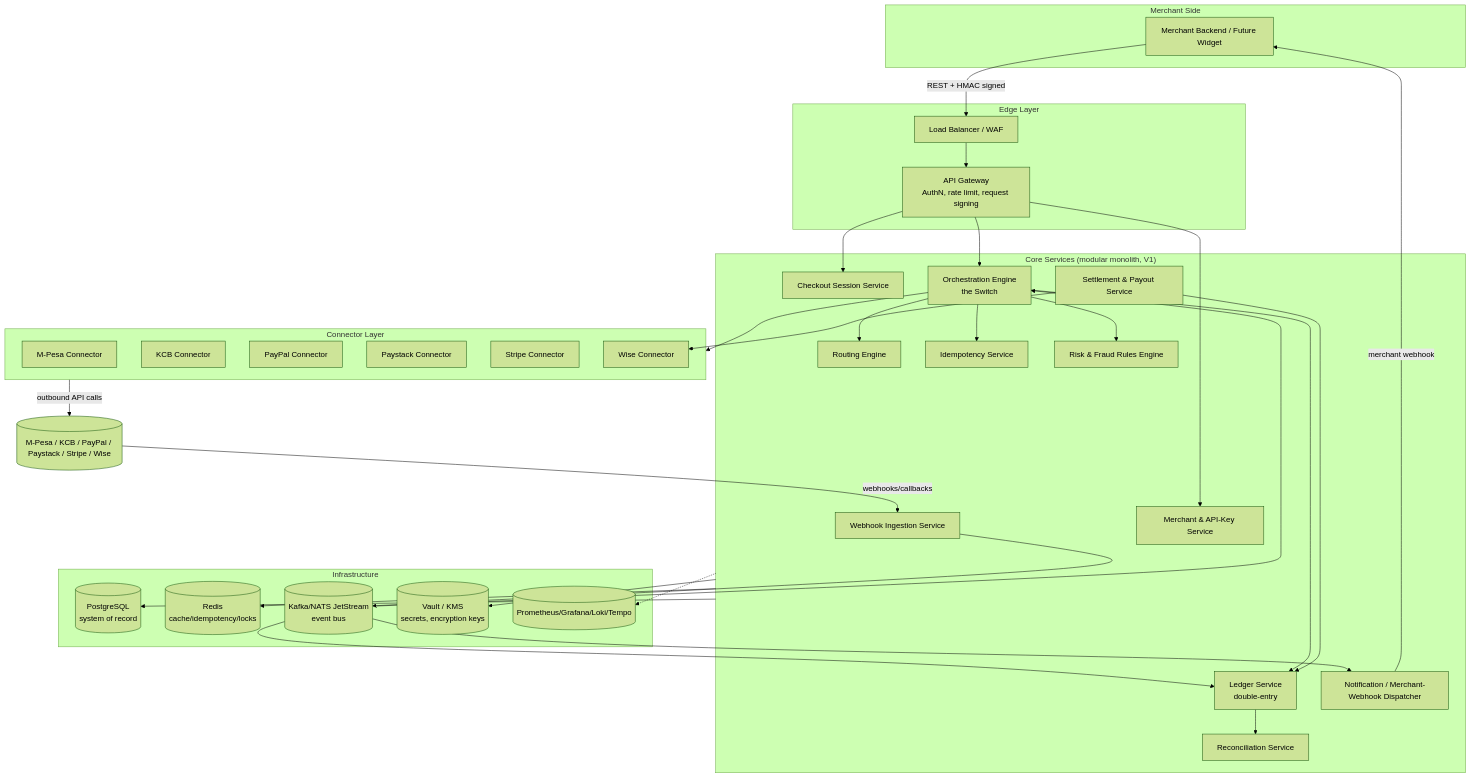
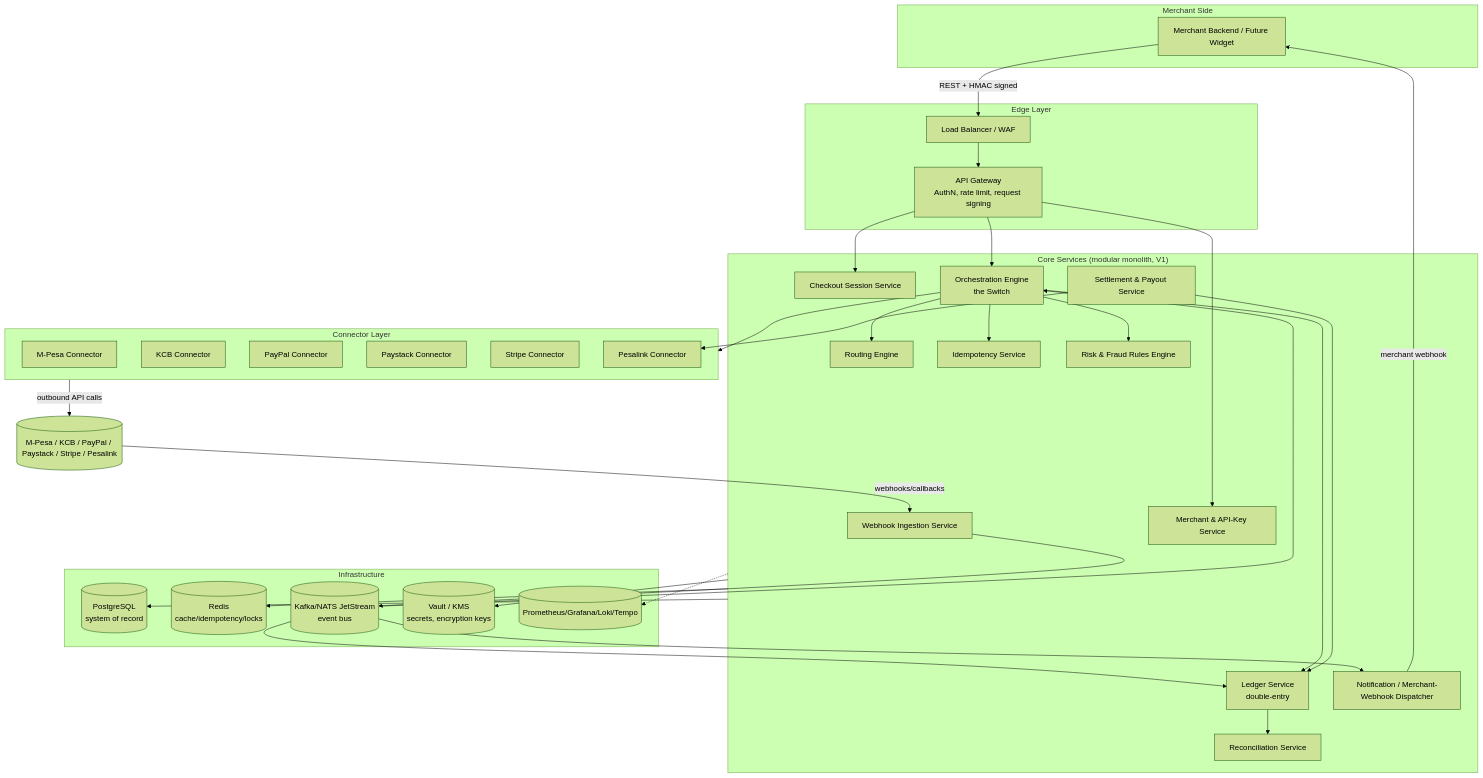
The first of 5 diagrams in architecture.md (paulodhiambo/zia), drawn with Mermaid (forest theme) before and after one commit. The commit also changed other lines of this file and 3 other files, not shown here.

````diff
--- a/architecture.md
+++ b/architecture.md
@@ -41,66 +41,66 @@
 ```mermaid
 flowchart TB
     subgraph Merchant["Merchant Side"]
         MAPP[Merchant Backend / Future Widget]
     end
 
     subgraph Edge["Edge Layer"]
         LB[Load Balancer / WAF]
         GW[API Gateway<br/>AuthN, rate limit, request signing]
     end
 
     subgraph Core["Core Services (modular monolith, V1)"]
         MS[Merchant & API-Key Service]
         CS[Checkout Session Service]
         ORC[Orchestration Engine<br/>the Switch]
         RTE[Routing Engine]
         IDP[Idempotency Service]
         LED[Ledger Service<br/>double-entry]
         REC[Reconciliation Service]
         WH[Webhook Ingestion Service]
         NOT[Notification / Merchant-Webhook Dispatcher]
         FRD[Risk & Fraud Rules Engine]
         SET[Settlement & Payout Service]
     end
 
     subgraph Conn["Connector Layer"]
         CMP[M-Pesa Connector]
         CKCB[KCB Connector]
         CPP[PayPal Connector]
         CPS[Paystack Connector]
         CST[Stripe Connector]
-        CWS[Wise Connector]
+        CWS[Pesalink Connector]
     end
 
     subgraph Infra["Infrastructure"]
         PG[(PostgreSQL<br/>system of record)]
         RDS[(Redis<br/>cache/idempotency/locks)]
         MQ[(Kafka/NATS JetStream<br/>event bus)]
         VLT[(Vault / KMS<br/>secrets, encryption keys)]
         OBS[(Prometheus/Grafana/Loki/Tempo)]
     end
 
     MAPP -->|REST + HMAC signed| LB --> GW
     GW --> MS
     GW --> CS
     GW --> ORC
     ORC --> RTE
     ORC --> IDP
     ORC --> FRD
     ORC --> Conn
-    Conn -->|outbound API calls| EXT[(M-Pesa / KCB / PayPal / Paystack / Stripe / Wise)]
+    Conn -->|outbound API calls| EXT[(M-Pesa / KCB / PayPal / Paystack / Stripe / Pesalink)]
     EXT -->|webhooks/callbacks| WH
     WH --> MQ
     MQ --> ORC
     MQ --> LED
     MQ --> NOT
     NOT -->|merchant webhook| MAPP
     ORC --> LED
     LED --> REC
     SET --> CWS
     SET --> LED
     Core --> PG
     Core --> RDS
     Core --> VLT
     Core -.-> OBS
 ```
````
